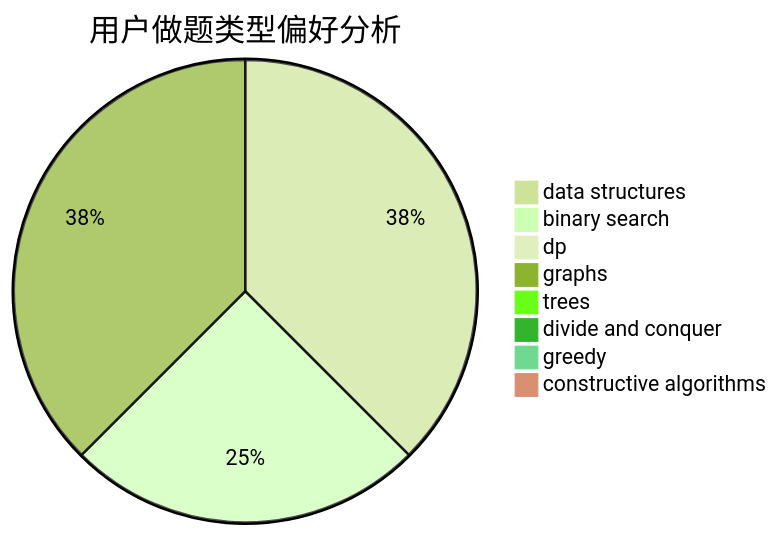
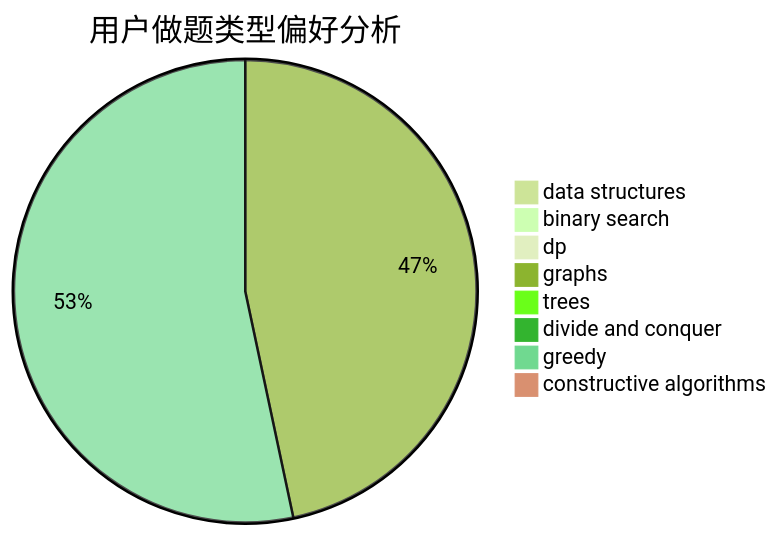
Before and after one commit to sherpahu/cfrs.github.io: the second of 3 diagrams in docs/user/u1420.md, drawn with Mermaid (forest theme). The commit also changed other lines of this file and 2770 other files, not shown here.

````diff
--- a/docs/user/u1420.md
+++ b/docs/user/u1420.md
@@ -23,11 +23,11 @@
 ```mermaid
 pie title 用户做题类型偏好分析
-    "data structures" :  3
-    "binary search" :  2
+    "data structures" :  0
+    "binary search" :  0
     "dp" :  0
-    "graphs" :  3
+    "graphs" :  7
     "trees" :  0
     "divide and conquer" :  0
-    "greedy" :  0
+    "greedy" :  8
     "constructive algorithms" :  0
 ```
````
